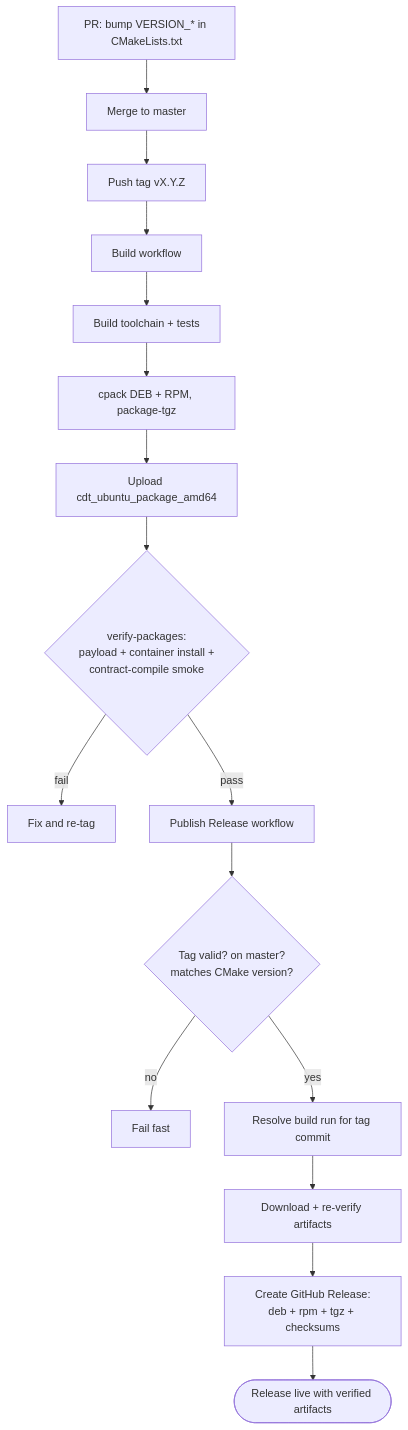
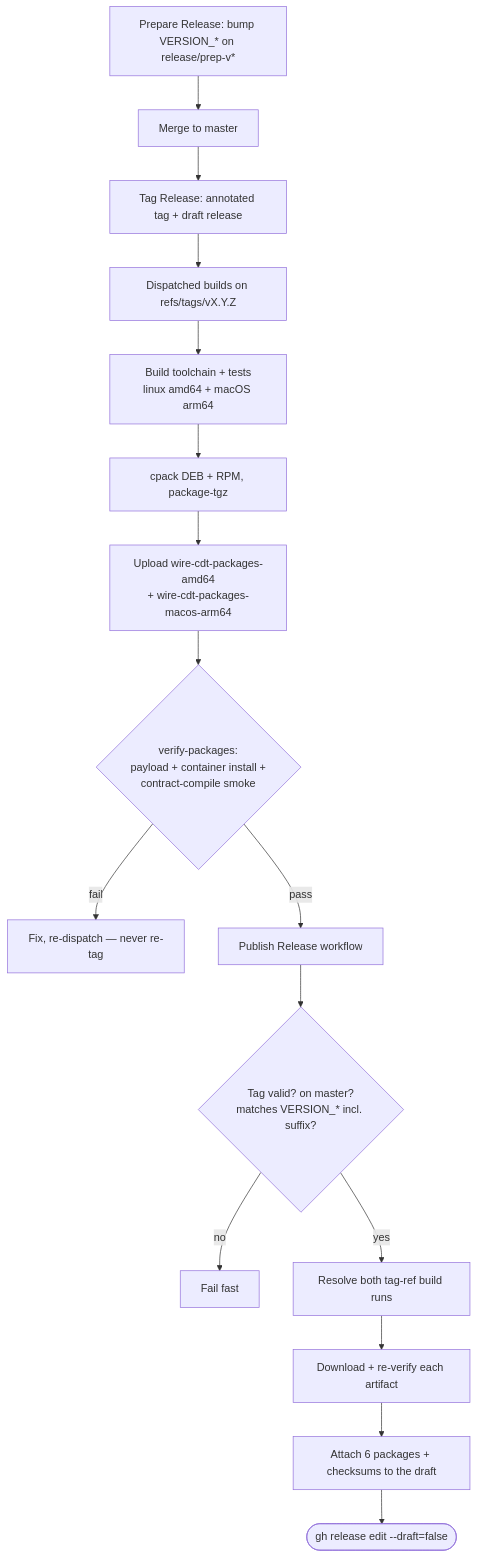
The second of 2 diagrams in docs/release-workflow.md (Wire-Network/wire-cdt), drawn with Mermaid before and after one commit. The commit also changed other lines of this file and 22 other files, not shown here.

First line of the commit message:
packaging: rename artifacts to wire-cdt, reset version to 1.0.0-dev, FHS system layout, Strategy-C release workflows

````diff
--- a/docs/release-workflow.md
+++ b/docs/release-workflow.md
@@ -34,18 +205,18 @@
 ```mermaid
 flowchart TD
-    A[PR: bump VERSION_* in CMakeLists.txt] --> B[Merge to master]
-    B --> C[Push tag vX.Y.Z]
-    C --> D[Build workflow]
-    D --> D1[Build toolchain + tests]
+    A[Prepare Release: bump VERSION_* on release/prep-v*] --> B[Merge to master]
+    B --> C[Tag Release: annotated tag + draft release]
+    C --> D[Dispatched builds on refs/tags/vX.Y.Z]
+    D --> D1[Build toolchain + tests<br/>linux amd64 + macOS arm64]
     D1 --> D2[cpack DEB + RPM, package-tgz]
-    D2 --> D3[Upload cdt_ubuntu_package_amd64]
+    D2 --> D3[Upload wire-cdt-packages-amd64<br/>+ wire-cdt-packages-macos-arm64]
     D3 --> E{verify-packages:<br/>payload + container install +<br/>contract-compile smoke}
-    E -- fail --> X1[Fix and re-tag]
+    E -- fail --> X1[Fix, re-dispatch — never re-tag]
     E -- pass --> F[Publish Release workflow]
-    F --> F1{Tag valid? on master?<br/>matches CMake version?}
+    F --> F1{Tag valid? on master?<br/>matches VERSION_* incl. suffix?}
     F1 -- no --> X2[Fail fast]
-    F1 -- yes --> G[Resolve build run for tag commit]
-    G --> H[Download + re-verify artifacts]
-    H --> I[Create GitHub Release:<br/>deb + rpm + tgz + checksums]
-    I --> J([Release live with verified artifacts])
+    F1 -- yes --> G[Resolve both tag-ref build runs]
+    G --> H[Download + re-verify each artifact]
+    H --> I[Attach 6 packages + checksums to the draft]
+    I --> J([gh release edit --draft=false])
 ```
````
